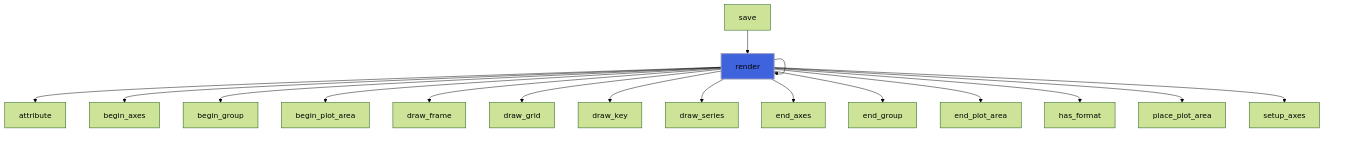
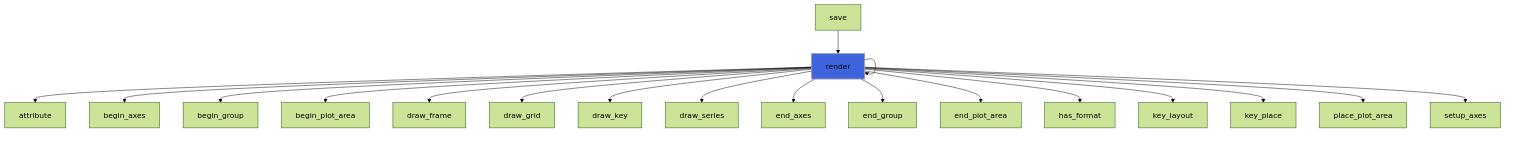
One commit to szaghi/foresight changed the fourth of 15 diagrams in docs/api/src/lib/foresight_axes.md. Above: the diagram before and after it, drawn with Mermaid (forest theme). The commit also changed other lines of this file and 97 other files, not shown here.

````diff
--- a/docs/api/src/lib/foresight_axes.md
+++ b/docs/api/src/lib/foresight_axes.md
@@ -158,20 +207,22 @@
 ```mermaid
 flowchart TD
   render["render"] --> render["render"]
   save["save"] --> render["render"]
   render["render"] --> attribute["attribute"]
   render["render"] --> begin_axes["begin_axes"]
   render["render"] --> begin_group["begin_group"]
   render["render"] --> begin_plot_area["begin_plot_area"]
   render["render"] --> draw_frame["draw_frame"]
   render["render"] --> draw_grid["draw_grid"]
   render["render"] --> draw_key["draw_key"]
   render["render"] --> draw_series["draw_series"]
   render["render"] --> end_axes["end_axes"]
   render["render"] --> end_group["end_group"]
   render["render"] --> end_plot_area["end_plot_area"]
   render["render"] --> has_format["has_format"]
+  render["render"] --> key_layout["key_layout"]
+  render["render"] --> key_place["key_place"]
   render["render"] --> place_plot_area["place_plot_area"]
   render["render"] --> setup_axes["setup_axes"]
   style render fill:#3e63dd,stroke:#99b,stroke-width:2px
 ```
````
